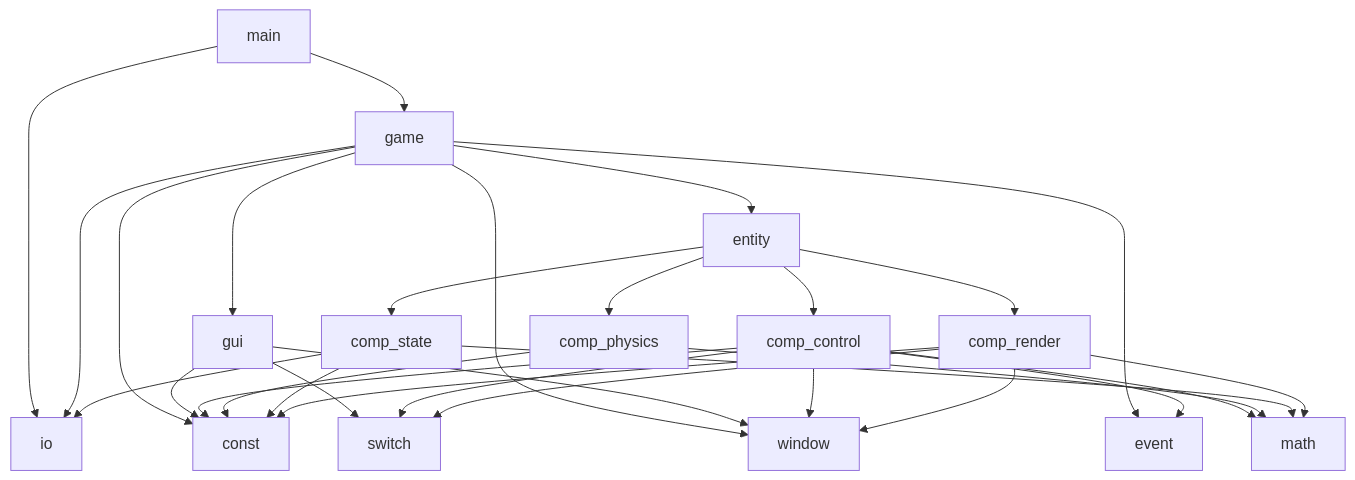
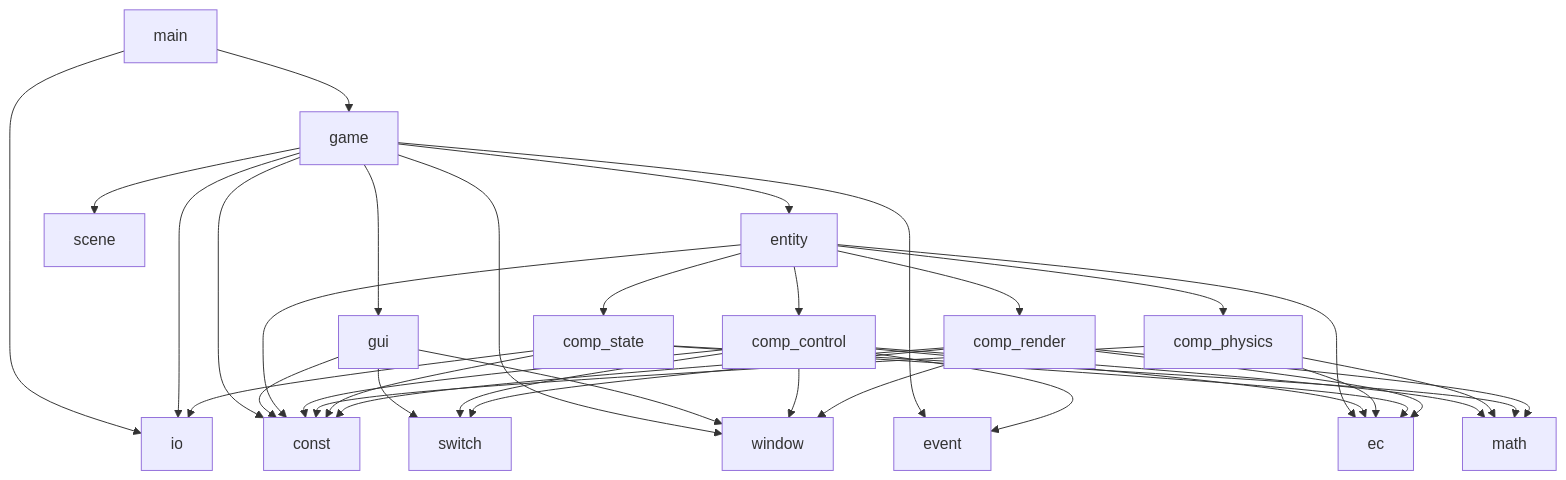
The first of 3 diagrams in README.md (dtldyg/physics-sync-demo), drawn with Mermaid before and after one commit. The commit also changed other lines of this file, not shown here.

````diff
--- a/README.md
+++ b/README.md
@@ -31,39 +31,46 @@
 ```mermaid
 graph TD
      main --> io
      main --> game
 
      game --> const
      game --> io
      game --> gui
      game --> window
      game --> event
      game --> entity
+     game --> scene
      
      gui --> const
      gui --> switch
      gui --> window
 
+     entity --> const
+     entity --> ec
      entity --> comp_control
      entity --> comp_physics
      entity --> comp_state
      entity --> comp_render
 
      comp_control --> const
      comp_control --> math
      comp_control --> switch
+     comp_control --> ec
      comp_control --> window
      comp_control --> event
 
      comp_physics --> const
      comp_physics --> math
+     comp_physics --> ec
 
      comp_state --> const
      comp_state --> math
+     comp_state --> ec
      comp_state --> io
 
      comp_render --> const
      comp_render --> math
      comp_render --> switch
+     comp_render --> ec
      comp_render --> window
 ```
````
